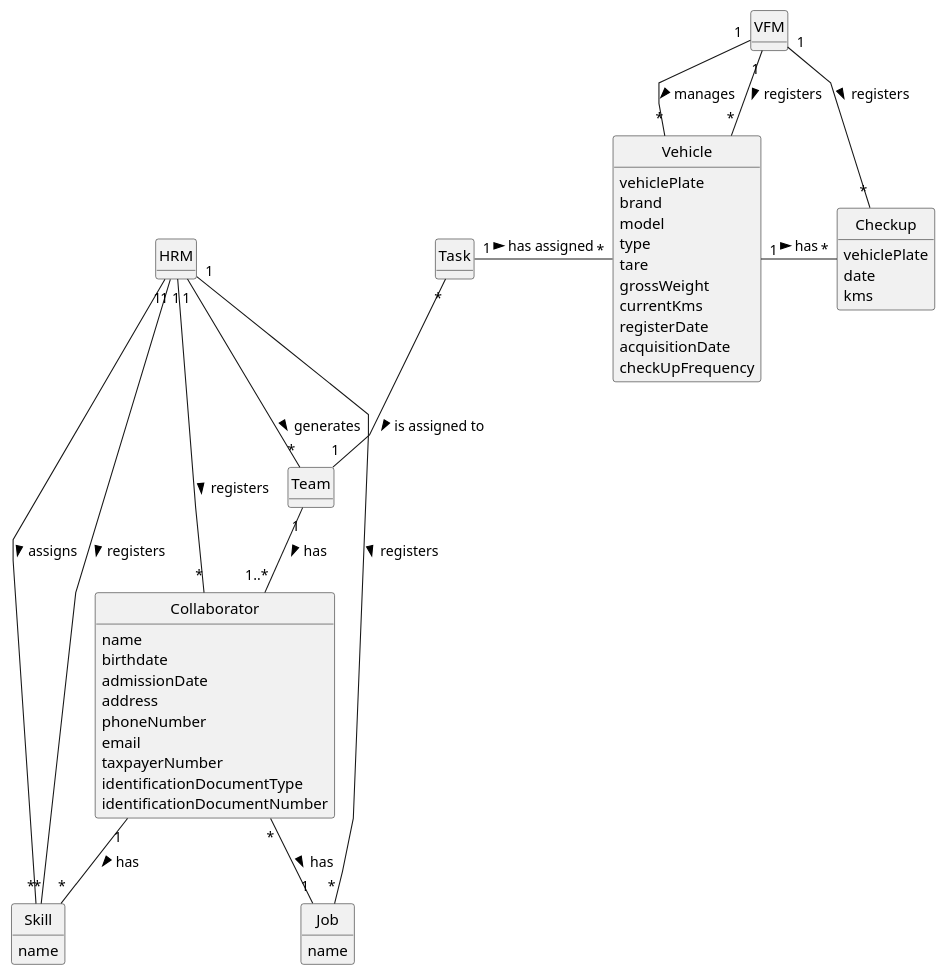
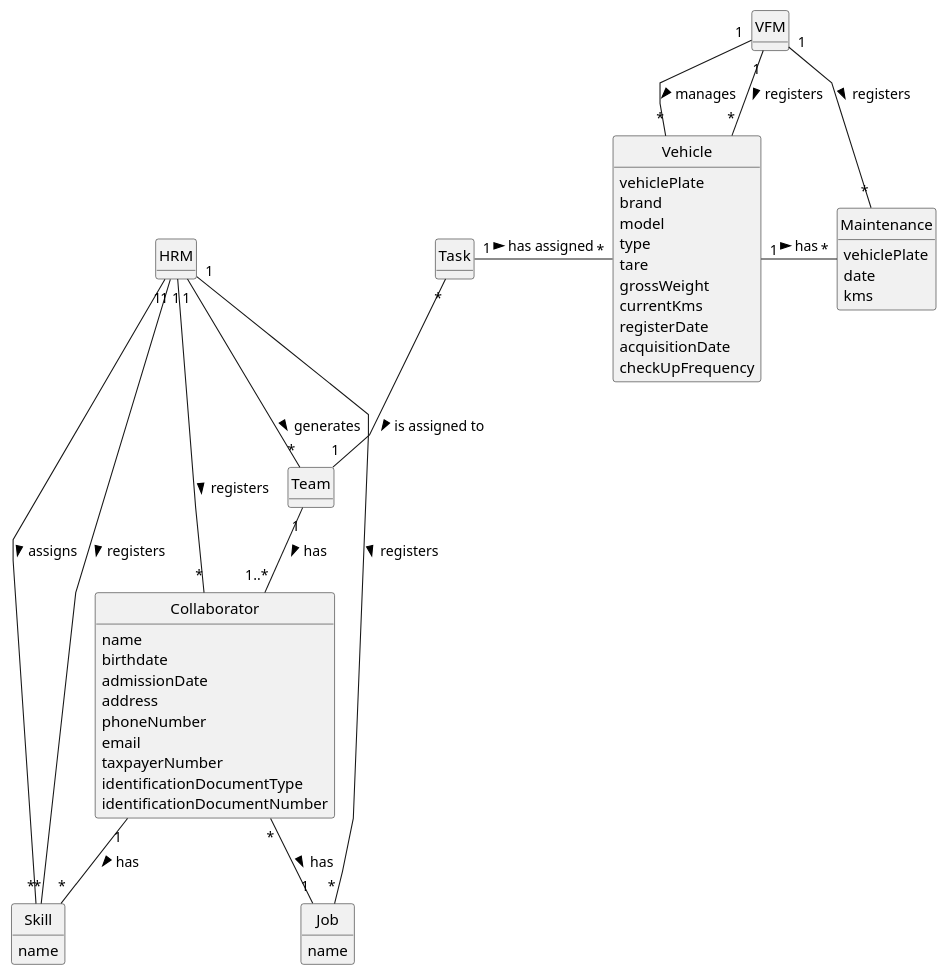
One commit to Departamento-de-Engenharia-Informatica/lei-24-s2-1dm-g132 changed the diagram in docs/sprintB/global-artifacts/02.analysis/puml/project-domain-model.puml. Above: the diagram before and after it, drawn with PlantUML.

Commit message:
Project domain model update: check up to maintenance

```diff
--- a/docs/sprintB/global-artifacts/02.analysis/puml/project-domain-model.puml
+++ b/docs/sprintB/global-artifacts/02.analysis/puml/project-domain-model.puml
@@ -1,86 +1,86 @@
 @startuml
 skinparam monochrome true
 skinparam packageStyle rectangle
 skinparam shadowing false
 'skinparam linetype ortho
 skinparam linetype polyline
 'left to right direction
 skinparam classAttributeIconSize 0
 hide circle
 hide methods
 
 'title Domain Model
 
 'class Platform {
 '  -description
 '}
 
 class HRM {
 }
 
 class VFM {
 }
 
 class Skill {
     name
 }
 
 class Job {
     name
 }
 
 class Collaborator {
     name
     birthdate
     admissionDate
     address
     phoneNumber
     email
     taxpayerNumber
     identificationDocumentType
     identificationDocumentNumber
 }
 
 class Team {
 }
 
 class Task {
 }
 
 class Vehicle {
     vehiclePlate
     brand
     model
     type
     tare
     grossWeight
     currentKms
     registerDate
     acquisitionDate
     checkUpFrequency
 }
 
-class Checkup {
+class Maintenance {
 vehiclePlate
     date
     kms
 }
 
 HRM "1" - "*" Skill : registers >
 HRM "1" - "*" Job : registers >
 HRM "1" --- "*" Collaborator : registers >
 HRM "1" -- "*" Skill : assigns >
 HRM "1" -- "*" Team : generates >
 Collaborator "*" -- "1" Job : has >
 Collaborator "1" -- "*" Skill : has >
 Team "1" - "1..*" Collaborator : has >
 Task "*" -- "1" Team : is assigned to >
 VFM "1" -- "*" Vehicle : registers >
 VFM "1" -- "*" Vehicle : manages >
-Vehicle "1" - "*" Checkup : has >
+Vehicle "1" - "*" Maintenance : has >
 Task "1" - "*" Vehicle : has assigned >
-VFM "1" -- "*" Checkup : registers >
+VFM "1" -- "*" Maintenance : registers >
 
 
 
 @enduml
```
